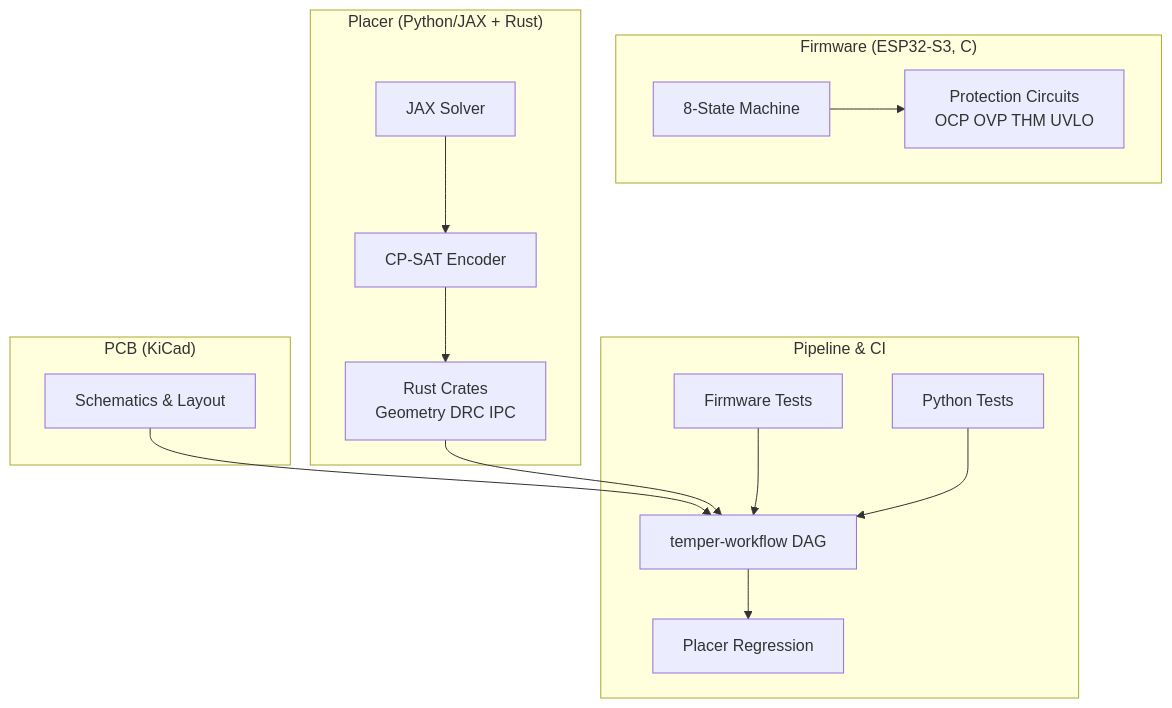
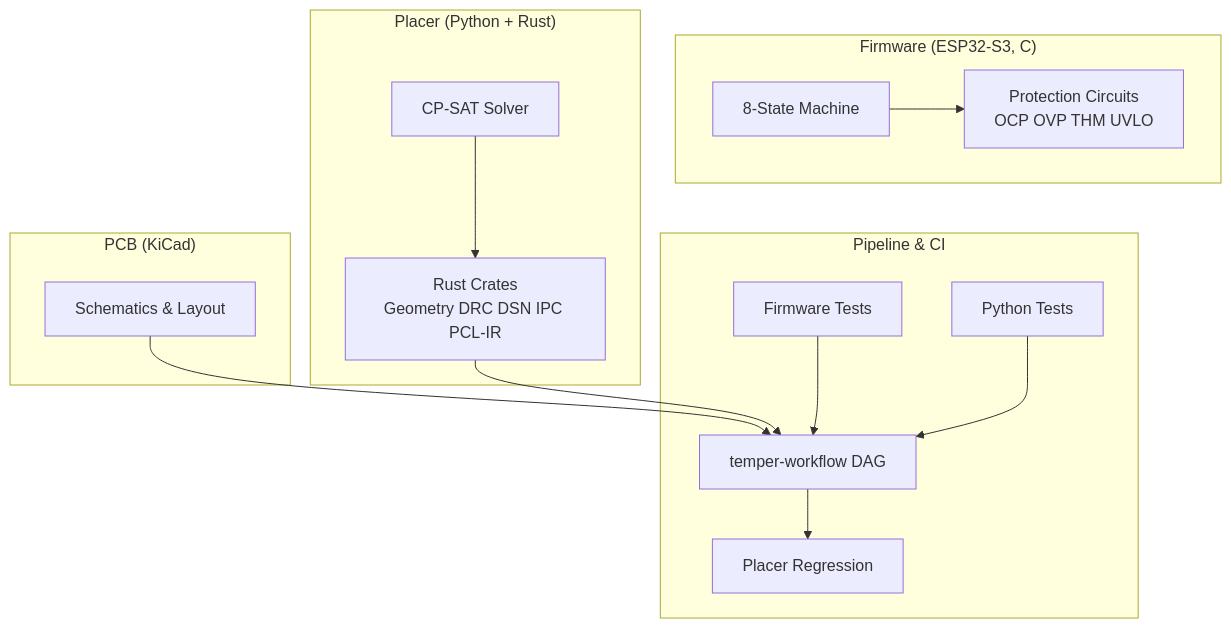
Before and after one commit to BennetLeff/temper: the diagram in README.md, drawn with Mermaid. The commit also changed other lines of this file and 2 other files, not shown here.

First line of the commit message:
fix: correct JAX→CP-SAT references, add missing packages, fix project structure

````diff
--- a/README.md
+++ b/README.md
@@ -23,32 +23,31 @@
 ```mermaid
 graph TD
   subgraph Firmware ["Firmware (ESP32-S3, C)"]
     SM[8-State Machine]
     PROT[Protection Circuits<br/>OCP OVP THM UVLO]
   end
 
   subgraph PCB ["PCB (KiCad)"]
     KICAD[Schematics & Layout]
   end
 
-  subgraph Placer ["Placer (Python/JAX + Rust)"]
-    JAX[JAX Solver]
-    CPSAT[CP-SAT Encoder]
-    RUST[Rust Crates<br/>Geometry DRC IPC]
+  subgraph Placer ["Placer (Python + Rust)"]
+    CPSAT[CP-SAT Solver]
+    RUST[Rust Crates<br/>Geometry DRC DSN IPC PCL-IR]
   end
 
   subgraph Pipeline ["Pipeline & CI"]
     DAG[temper-workflow DAG]
     REGR[Placer Regression]
     FW[Firmware Tests]
     PY[Python Tests]
   end
 
   SM --> PROT
-  JAX --> CPSAT --> RUST
+  CPSAT --> RUST
   KICAD --> DAG
   RUST --> DAG
   DAG --> REGR
   FW --> DAG
   PY --> DAG
 ```
````
